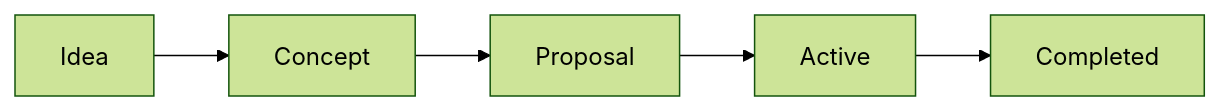
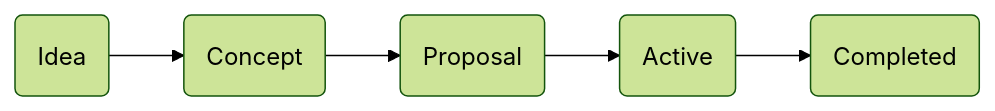
One commit to BitcoinDesign/Meta changed the diagram in Projects.md. Above: the diagram before and after it, drawn with Mermaid (forest theme). The commit also changed other lines of this file and 2 other files, not shown here.

Commit message:
docs: add diagram asset, and links to project slack

````diff
--- a/Projects.md
+++ b/Projects.md
@@ -13,4 +72,4 @@
 ```mermaid
 graph LR
-		Idea --> Concept --> Proposal --> Active --> Completed
+		1(Idea) --> 2(Concept) --> 3(Proposal) --> 4(Active) --> 5(Completed)
 ```
````
